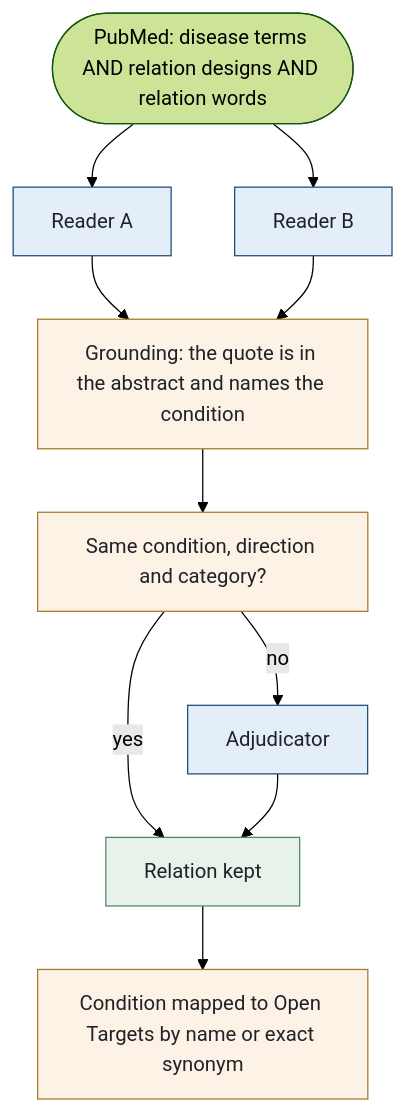
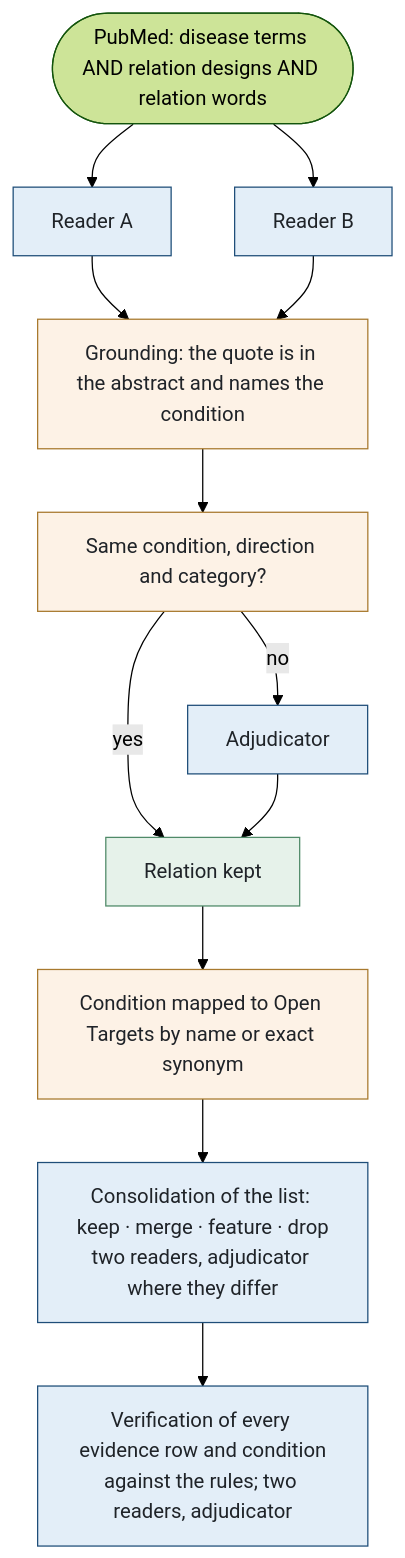
One commit to ZhaoTie-re/DiseaseLens changed the fourth of 6 diagrams in docs/METHODS.md. Above: the diagram before and after it, drawn with Mermaid (forest theme). The commit also changed other lines of this file and 18 other files, not shown here.

First line of the commit message:
Related conditions: consolidation, verification and stricter shared-signal rules

````diff
--- a/docs/METHODS.md
+++ b/docs/METHODS.md
@@ -294,17 +294,19 @@
 ```mermaid
 flowchart TD
     Q(["PubMed: disease terms AND relation designs AND relation words"]) --> A["Reader A"]
     Q --> B["Reader B"]
     A --> G["Grounding: the quote is in the abstract and names the condition"]
     B --> G
     G --> C["Same condition, direction and category?"]
     C -->|yes| K["Relation kept"]
     C -->|no| J["Adjudicator"] --> K
     K --> M["Condition mapped to Open Targets by name or exact synonym"]
+    M --> X["Consolidation of the list: keep · merge · feature · drop<br/>two readers, adjudicator where they differ"]
+    X --> V["Verification of every evidence row and condition<br/>against the rules; two readers, adjudicator"]
     classDef model fill:#e3eef8,stroke:#1f4e79,color:#1f2328
     classDef rule fill:#fdf2e6,stroke:#a8792e,color:#1f2328
     classDef ok fill:#e6f2ea,stroke:#4f8a68,color:#1f2328
-    class A,B,J model
+    class A,B,J,X,V model
     class G,C,M rule
     class K ok
 ```
````
